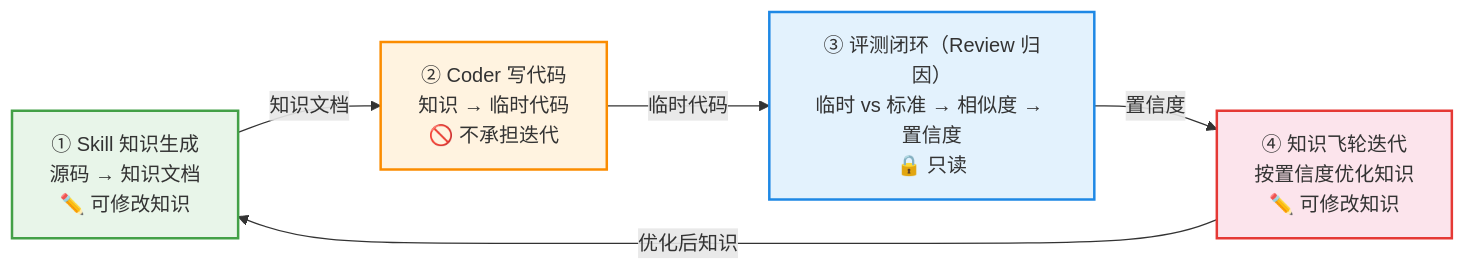
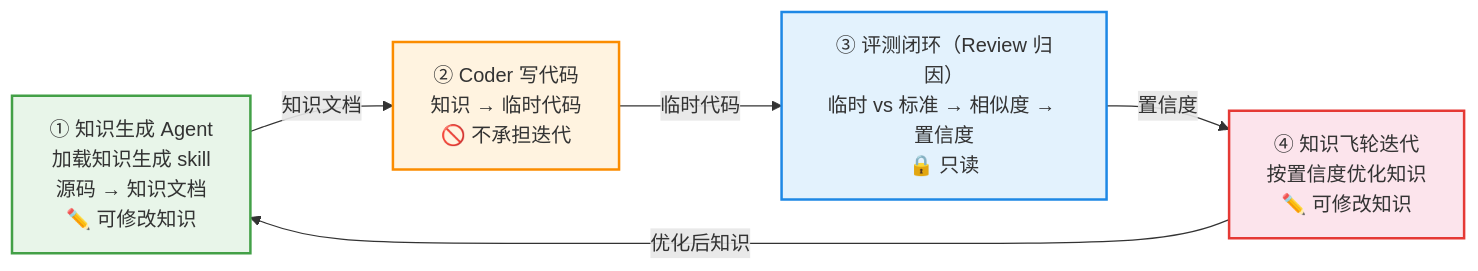
Before and after one commit to linlisWorkTeam/wpKnowledge: the first of 2 diagrams in wiki/docs/flywheel.md, drawn with Mermaid. The commit also changed other lines of this file and 2 other files, not shown here.

````diff
--- a/wiki/docs/flywheel.md
+++ b/wiki/docs/flywheel.md
@@ -71,17 +85,17 @@
 ```mermaid
 flowchart LR
     classDef gen fill:#e8f5e9,stroke:#43a047,stroke-width:2px;
     classDef cod fill:#fff3e0,stroke:#fb8c00,stroke-width:2px;
     classDef evl fill:#e3f2fd,stroke:#1e88e5,stroke-width:2px;
     classDef itr fill:#fce4ec,stroke:#e53935,stroke-width:2px;
 
-    SK["① Skill 知识生成<br/>源码 → 知识文档<br/>✏️ 可修改知识"]:::gen
+    SK["① 知识生成 Agent<br/>加载知识生成 skill<br/>源码 → 知识文档<br/>✏️ 可修改知识"]:::gen
     CD["② Coder 写代码<br/>知识 → 临时代码<br/>🚫 不承担迭代"]:::cod
     EV["③ 评测闭环（Review 归因）<br/>临时 vs 标准 → 相似度 → 置信度<br/>🔒 只读"]:::evl
     FW["④ 知识飞轮迭代<br/>按置信度优化知识<br/>✏️ 可修改知识"]:::itr
 
     SK -->|知识文档| CD
     CD -->|临时代码| EV
     EV -->|置信度| FW
     FW -->|优化后知识| SK
 ```
````
